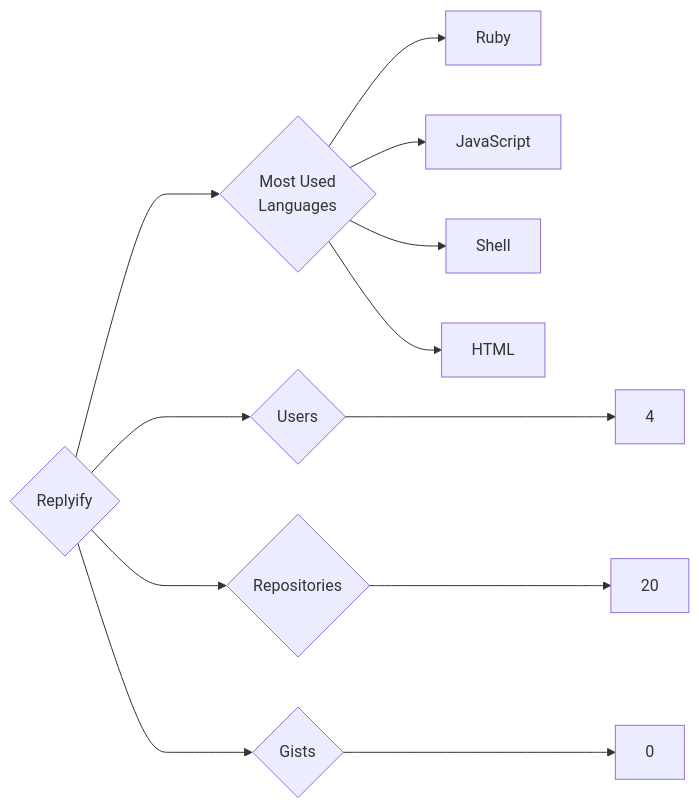
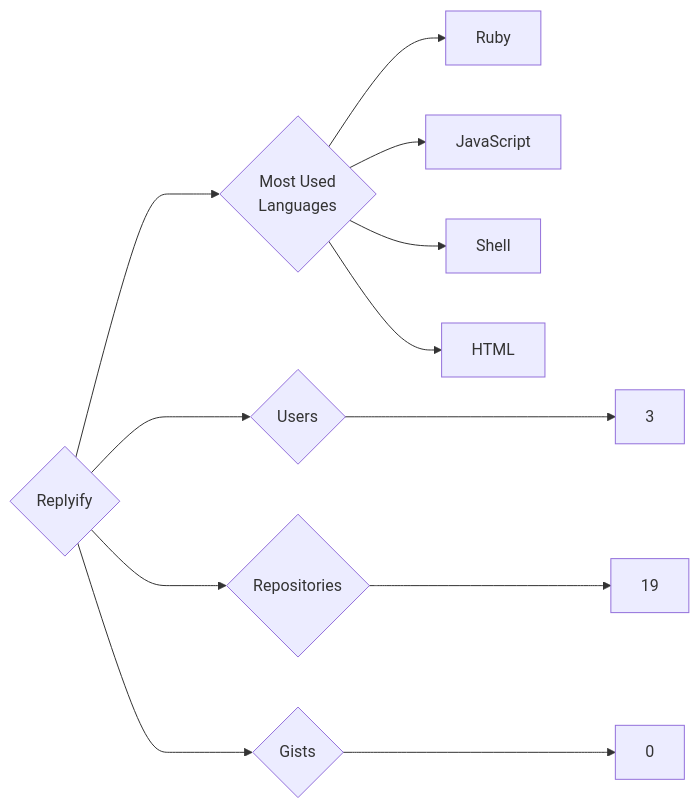
The diagram in targets/Replyify/README.md (trickest/insiders), drawn with Mermaid before and after one commit. The commit also changed 1496 other files, not shown here.

````diff
--- a/targets/Replyify/README.md
+++ b/targets/Replyify/README.md
@@ -3,12 +3,12 @@
 ```mermaid
 graph LR
 COMPANY_NAME{Replyify}
-COMPANY_NAME ---> U{Users} ---> UN[4]
-COMPANY_NAME ---> R{Repositories} ---> RN[20]
+COMPANY_NAME ---> U{Users} ---> UN[3]
+COMPANY_NAME ---> R{Repositories} ---> RN[19]
 COMPANY_NAME ---> G{Gists} ---> GN[0]
 COMPANY_NAME ---> ML{Most Used<br>Languages}
 ML --> Ruby[Ruby]
 ML --> JavaScript[JavaScript]
 ML --> Shell[Shell]
 ML --> HTML[HTML]
 ```
````
